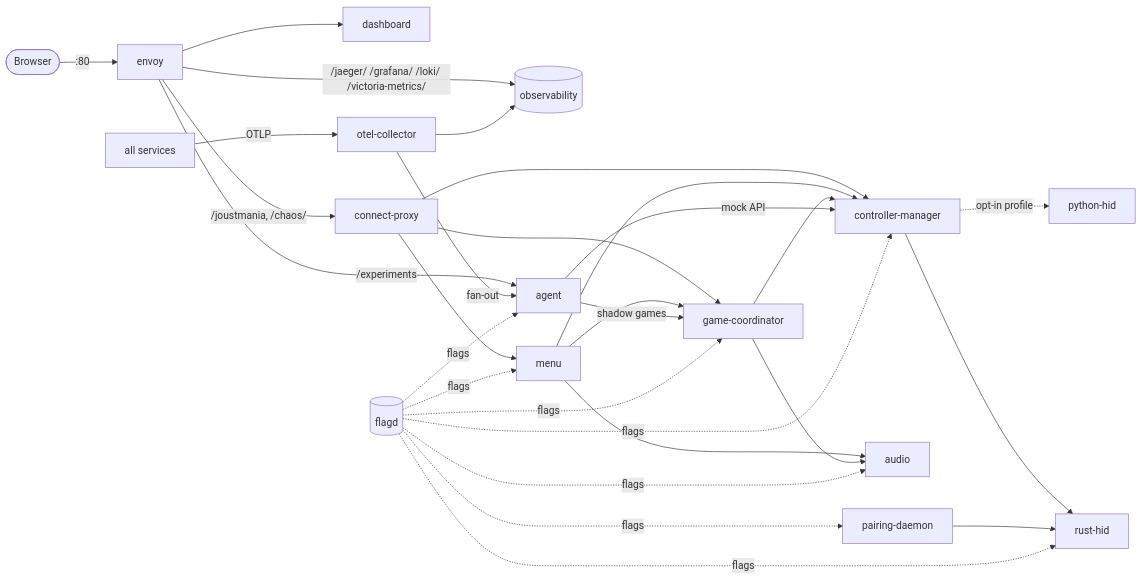
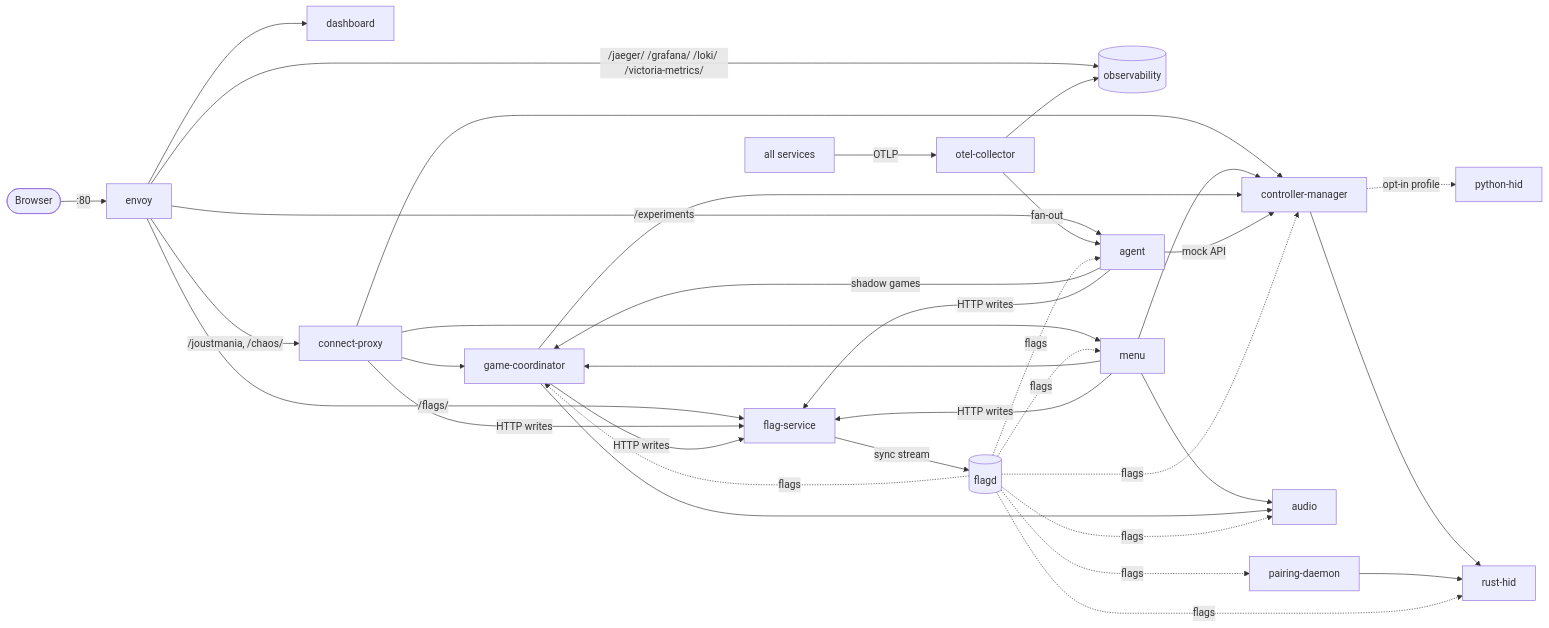
One commit to WatchMeJoustMyFlags/JoustMania changed the diagram in docs/specs/services.md. Above: the diagram before and after it, drawn with Mermaid. The commit also changed other lines of this file and 31 other files, not shown here.

First line of the commit message:
docs(spec): flag service implemented; operational docs follow (#1416, #1414)

````diff
--- a/docs/specs/services.md
+++ b/docs/specs/services.md
@@ -9,25 +9,28 @@
 ```mermaid
 flowchart LR
     browser([Browser]) -->|":80"| envoy
     envoy --> dashboard
     envoy -->|/joustmania, /chaos/| cproxy[connect-proxy]
     envoy -->|/jaeger/ /grafana/ /loki/ /victoria-metrics/| obs[(observability)]
     envoy -->|/experiments| agent
     cproxy --> cm[controller-manager]
     cproxy --> gc[game-coordinator]
     cproxy --> menu
     menu --> cm
     menu --> gc
     menu --> audio
     gc --> cm
     gc --> audio
     cm -. opt-in profile .-> phid[python-hid]
     cm --> rhid[rust-hid]
     pd[pairing-daemon] --> rhid
     agent -->|shadow games| gc
     agent -->|mock API| cm
     services_all[all services] -->|OTLP| otel[otel-collector]
     otel -->|fan-out| agent
     otel --> obs
     flagd[(flagd)] -.flags.-> cm & gc & menu & audio & pd & agent & rhid
+    envoy -->|/flags/| fsvc[flag-service]
+    fsvc -->|sync stream| flagd
+    agent & menu & cproxy & gc -->|HTTP writes| fsvc
 ```
````
